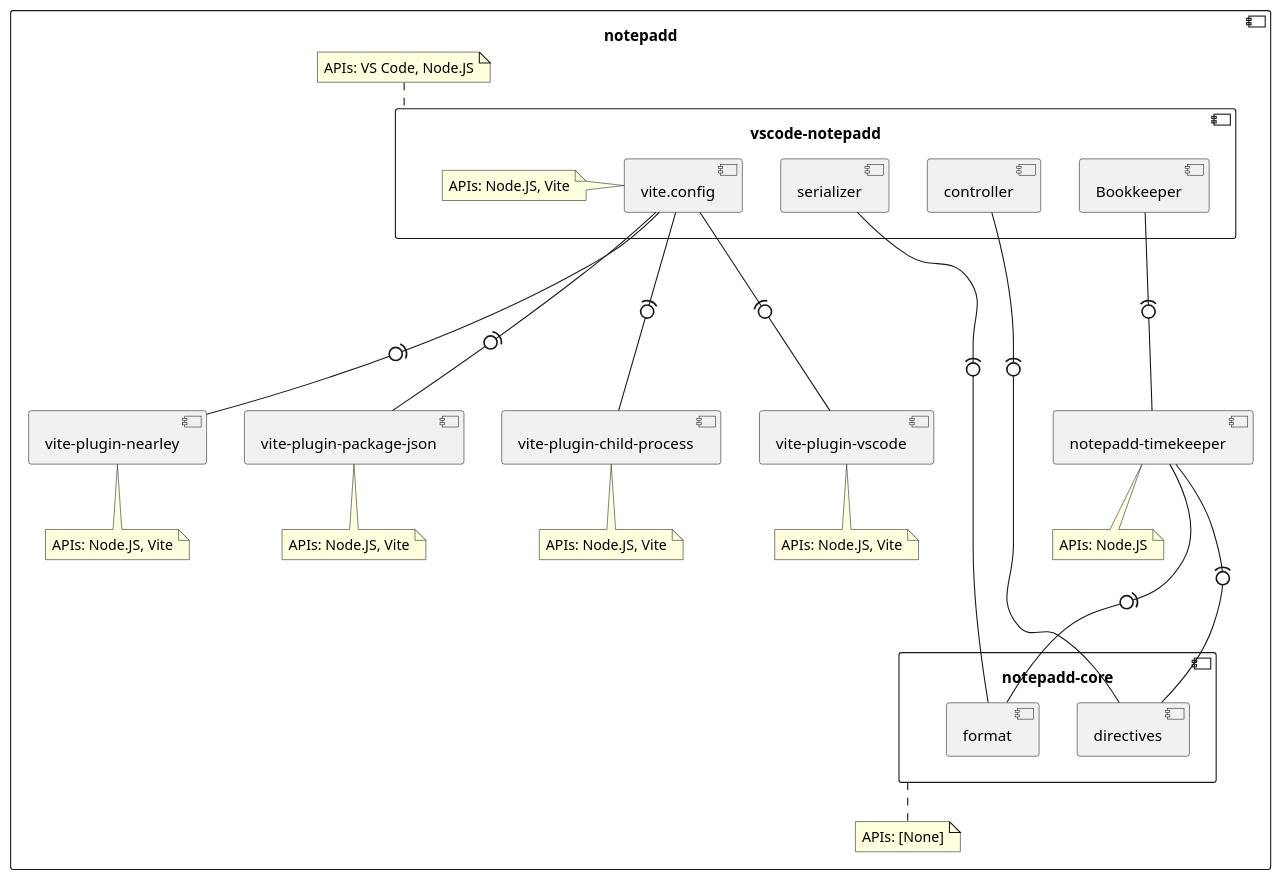
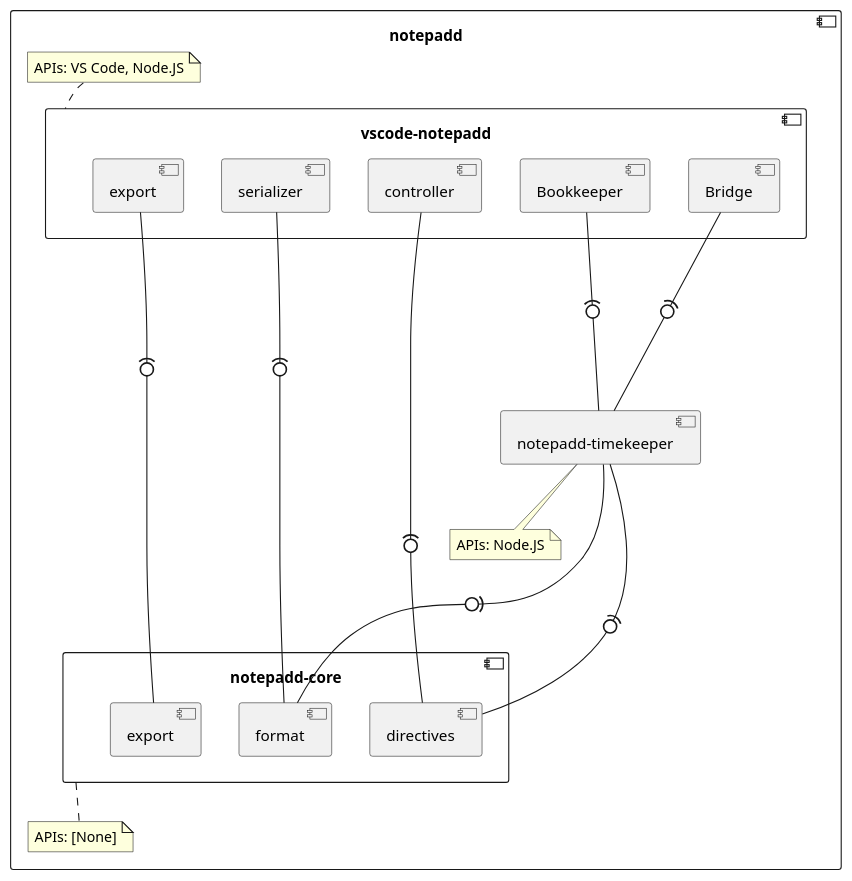
One commit to esdmr/notepadd changed the diagram in diagrams/packages.plantuml. Above: the diagram before and after it, drawn with PlantUML. The commit also changed 13 other files, not shown here.

Commit message:
chore: setup vite-plugin-subvite

```diff
--- a/diagrams/packages.plantuml
+++ b/diagrams/packages.plantuml
@@ -1,47 +1,35 @@
 @startuml packages
 
 component "notepadd" as np {
 	component "notepadd-core" as core {
 		component "format" as core_fmt
 		component "directives" as core_dir
+		component "export" as core_exp
 	}
 	note bottom of core: APIs: [None]
 
 	component "notepadd-timekeeper" as time
 	note bottom of time: APIs: Node.JS
 	time --(0-- core_fmt
 	time --(0-- core_dir
 
-	component "vite-plugin-child-process" as vpc
-	note bottom of vpc: APIs: Node.JS, Vite
-
-	component "vite-plugin-vscode" as vpv
-	note bottom of vpv: APIs: Node.JS, Vite
-
-	component "vite-plugin-nearley" as vpn
-	note bottom of vpn: APIs: Node.JS, Vite
-
-	component "vite-plugin-package-json" as vpp
-	note bottom of vpp: APIs: Node.JS, Vite
-
 	component "vscode-notepadd" as vsc {
-		component "vite.config" as vsc_vite
-		vsc_vite --(0-- vpc
-		vsc_vite --(0-- vpv
-		vsc_vite --(0-- vpn
-		vsc_vite --(0-- vpp
-		note left of vsc_vite: APIs: Node.JS, Vite
+		component "export" as vsc_exp
+		vsc_exp --(0-- core_exp
 
 		component "serializer" as vsc_serde
 		vsc_serde --(0-- core_fmt
 
 		component "controller" as vsc_ctrl
 		vsc_ctrl --(0-- core_dir
 
 		component "Bookkeeper" as vsc_book
 		vsc_book --(0-- time
+
+		component "Bridge" as vsc_bridge
+		vsc_bridge --(0-- time
 	}
 	note top of vsc: APIs: VS Code, Node.JS
 }
 
 @enduml
```
